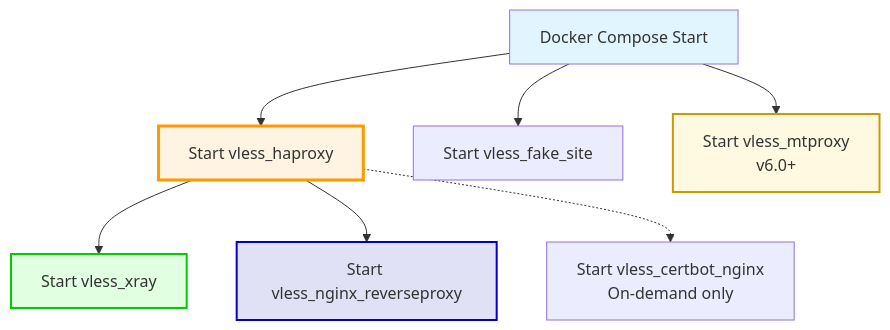
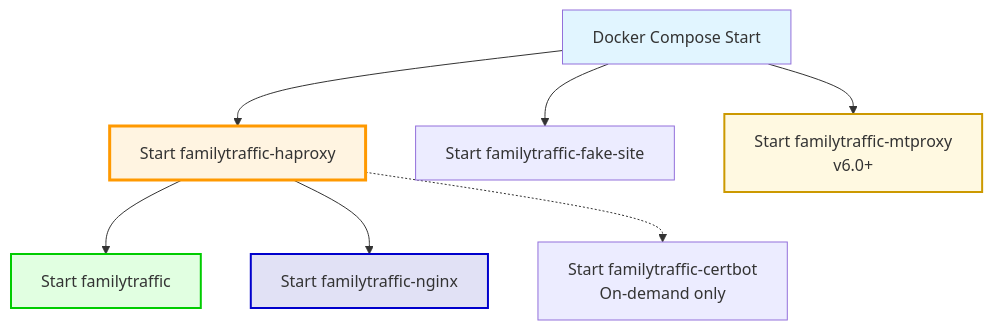
The tenth of 10 diagrams in docs/architecture/diagrams/deployment/docker-topology.md (ikeniborn/vless), drawn with Mermaid before and after one commit. The commit also changed other lines of this file and 66 other files, not shown here.

First line of the commit message:
refactor(rename): replace old project name 'vless' with 'familytraffic'

````diff
--- a/docs/architecture/diagrams/deployment/docker-topology.md
+++ b/docs/architecture/diagrams/deployment/docker-topology.md
@@ -460,25 +460,25 @@
 ```mermaid
 graph TB
     Start[Docker Compose Start]
 
-    HAProxyStart[Start vless_haproxy]
-    XrayStart[Start vless_xray]
-    NginxRPStart[Start vless_nginx_reverseproxy]
-    CertbotStart[Start vless_certbot_nginx<br/>On-demand only]
-    FakeSiteStart[Start vless_fake_site]
-    MTProxyStart[Start vless_mtproxy<br/>v6.0+]
+    HAProxyStart[Start familytraffic-haproxy]
+    XrayStart[Start familytraffic]
+    NginxRPStart[Start familytraffic-nginx]
+    CertbotStart[Start familytraffic-certbot<br/>On-demand only]
+    FakeSiteStart[Start familytraffic-fake-site]
+    MTProxyStart[Start familytraffic-mtproxy<br/>v6.0+]
 
     Start --> HAProxyStart
     Start --> FakeSiteStart
     Start --> MTProxyStart
 
     HAProxyStart --> XrayStart
     HAProxyStart --> NginxRPStart
     HAProxyStart -.-> CertbotStart
 
     style Start fill:#e1f5ff
     style HAProxyStart fill:#fff4e1,stroke:#ff9900,stroke-width:3px
     style XrayStart fill:#e1ffe1,stroke:#00cc00,stroke-width:2px
     style NginxRPStart fill:#e1e1f5,stroke:#0000cc,stroke-width:2px
     style MTProxyStart fill:#fff9e1,stroke:#cc9900,stroke-width:2px
 ```
````
